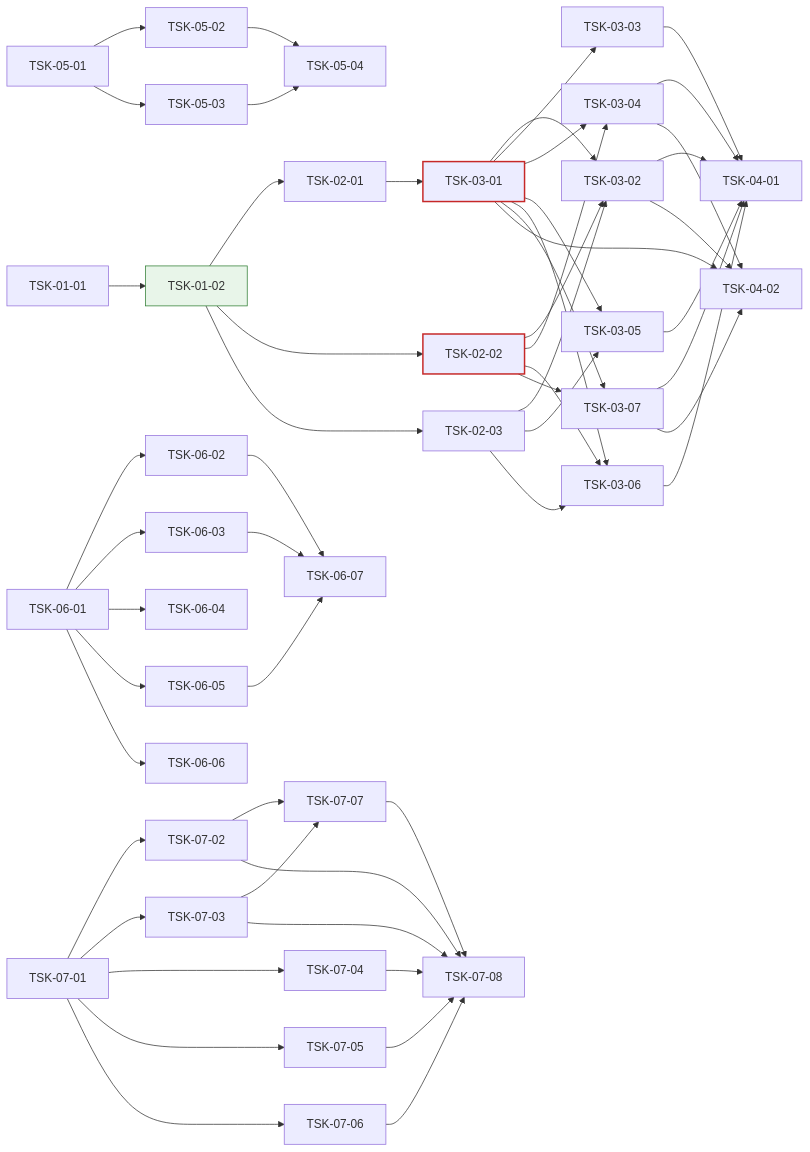
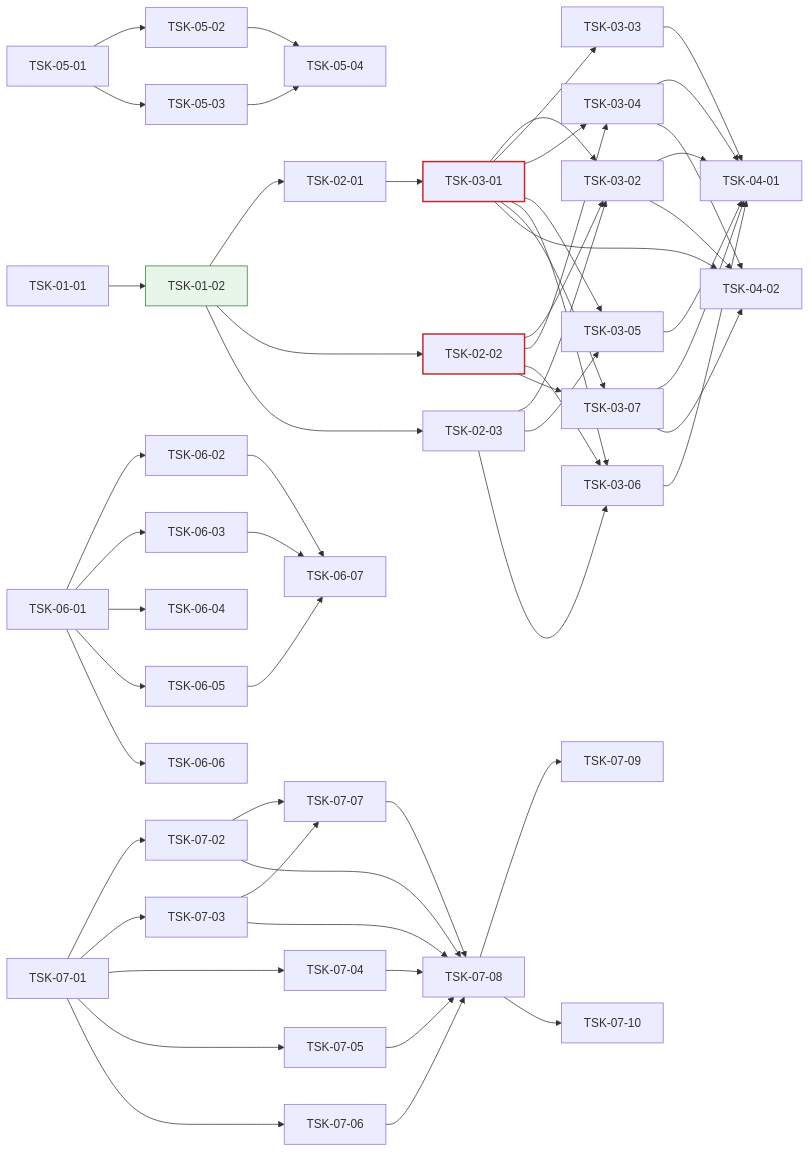
One commit to jongik-sv/oranda changed the diagram in docs/oranda1/wbs.md. Above: the diagram before and after it, drawn with Mermaid. The commit also changed other lines of this file and 12 other files, not shown here.

````diff
--- a/docs/oranda1/wbs.md
+++ b/docs/oranda1/wbs.md
@@ -516,59 +540,61 @@
 ```mermaid
 graph LR
   TSK-01-01 --> TSK-01-02
   TSK-01-02 --> TSK-02-01
   TSK-01-02 --> TSK-02-02
   TSK-01-02 --> TSK-02-03
   TSK-02-01 --> TSK-03-01
   TSK-03-01 --> TSK-03-02
   TSK-02-02 --> TSK-03-02
   TSK-02-03 --> TSK-03-02
   TSK-03-01 --> TSK-03-03
   TSK-03-01 --> TSK-03-04
   TSK-02-02 --> TSK-03-04
   TSK-03-01 --> TSK-03-05
   TSK-02-03 --> TSK-03-05
   TSK-03-01 --> TSK-03-06
   TSK-02-02 --> TSK-03-06
   TSK-02-03 --> TSK-03-06
   TSK-03-01 --> TSK-03-07
   TSK-02-02 --> TSK-03-07
   TSK-03-02 --> TSK-04-01
   TSK-03-03 --> TSK-04-01
   TSK-03-04 --> TSK-04-01
   TSK-03-05 --> TSK-04-01
   TSK-03-06 --> TSK-04-01
   TSK-03-07 --> TSK-04-01
   TSK-03-01 --> TSK-04-02
   TSK-03-02 --> TSK-04-02
   TSK-03-04 --> TSK-04-02
   TSK-03-07 --> TSK-04-02
   TSK-05-01 --> TSK-05-02
   TSK-05-01 --> TSK-05-03
   TSK-05-02 --> TSK-05-04
   TSK-05-03 --> TSK-05-04
   TSK-06-01 --> TSK-06-02
   TSK-06-01 --> TSK-06-03
   TSK-06-01 --> TSK-06-04
   TSK-06-01 --> TSK-06-05
   TSK-06-01 --> TSK-06-06
   TSK-06-02 --> TSK-06-07
   TSK-06-03 --> TSK-06-07
   TSK-06-05 --> TSK-06-07
   TSK-07-01 --> TSK-07-02
   TSK-07-01 --> TSK-07-03
   TSK-07-01 --> TSK-07-04
   TSK-07-01 --> TSK-07-05
   TSK-07-01 --> TSK-07-06
   TSK-07-02 --> TSK-07-07
   TSK-07-03 --> TSK-07-07
   TSK-07-02 --> TSK-07-08
   TSK-07-03 --> TSK-07-08
   TSK-07-04 --> TSK-07-08
   TSK-07-05 --> TSK-07-08
   TSK-07-06 --> TSK-07-08
   TSK-07-07 --> TSK-07-08
+  TSK-07-08 --> TSK-07-09
+  TSK-07-08 --> TSK-07-10
   style TSK-01-02 fill:#e8f5e9,stroke:#2e7d32
   style TSK-03-01 stroke:#c62828,stroke-width:2px
   style TSK-02-02 stroke:#c62828,stroke-width:2px
 ```
````
